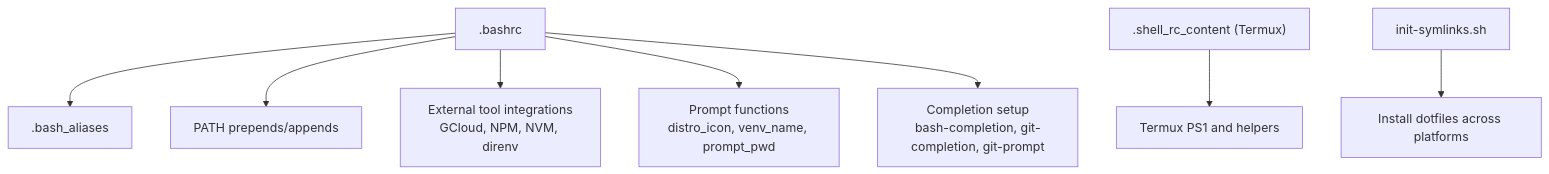
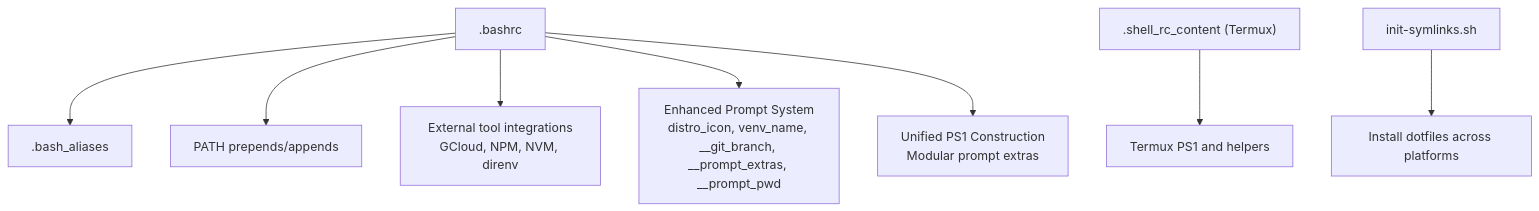
Before and after one commit to cr8ivecodesmith/dotfiles: the first of 8 diagrams in .qoder/repowiki/en/content/Shell Configurations/Bash Configuration.md, drawn with Mermaid. The commit also changed other lines of this file and 5 other files, not shown here.

````diff
--- a/.qoder/repowiki/en/content/Shell Configurations/Bash Configuration.md
+++ b/.qoder/repowiki/en/content/Shell Configurations/Bash Configuration.md
@@ -37,10 +45,10 @@
 ```mermaid
 graph TB
 A[".bashrc"] --> B[".bash_aliases"]
 A --> C["PATH prepends/appends"]
 A --> D["External tool integrations<br/>GCloud, NPM, NVM, direnv"]
-A --> E["Prompt functions<br/>distro_icon, venv_name, prompt_pwd"]
-A --> F["Completion setup<br/>bash-completion, git-completion, git-prompt"]
+A --> E["Enhanced Prompt System<br/>distro_icon, venv_name, __git_branch, __prompt_extras, __prompt_pwd"]
+A --> F["Unified PS1 Construction<br/>Modular prompt extras"]
 G[".shell_rc_content (Termux)"] --> H["Termux PS1 and helpers"]
 I["init-symlinks.sh"] --> J["Install dotfiles across platforms"]
 ```
````
